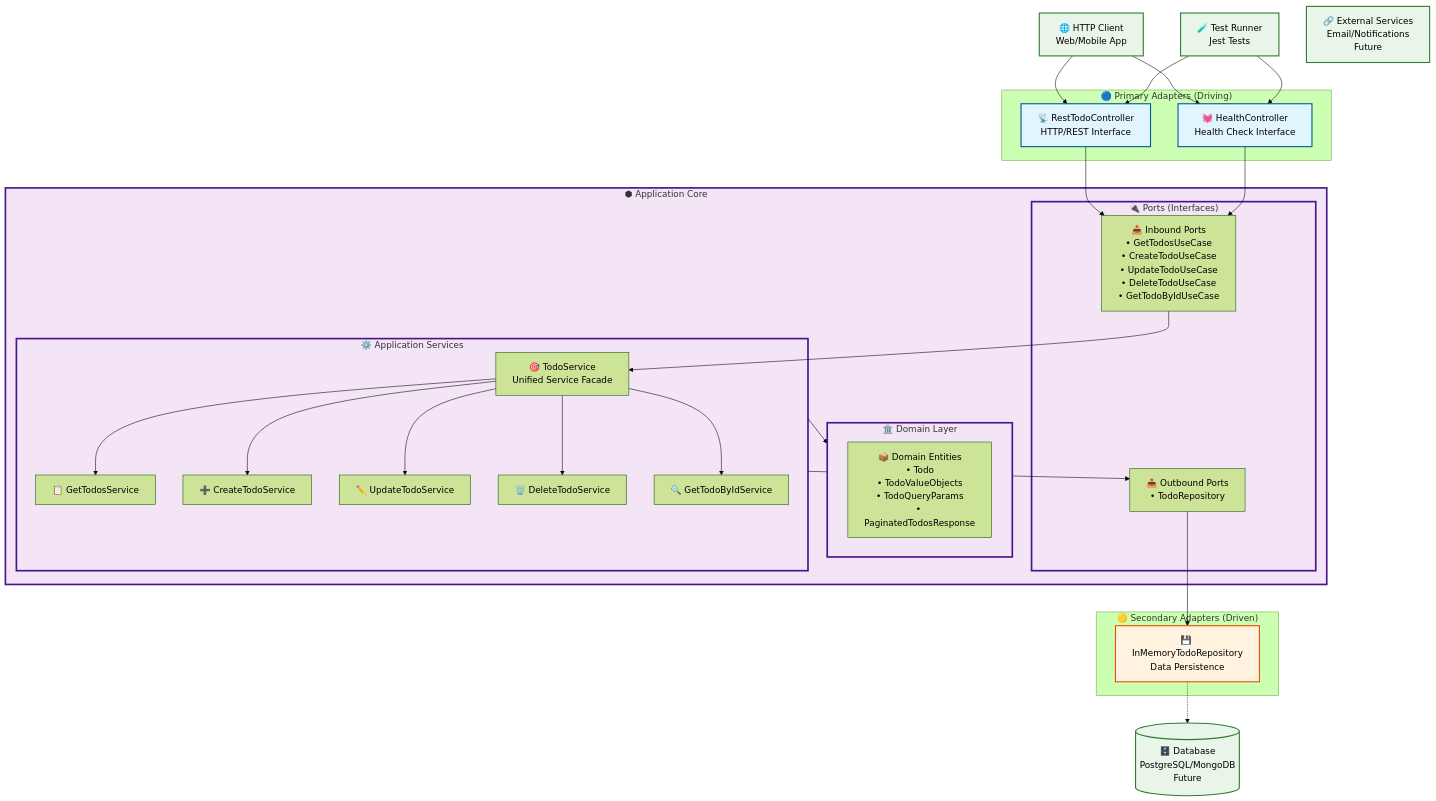
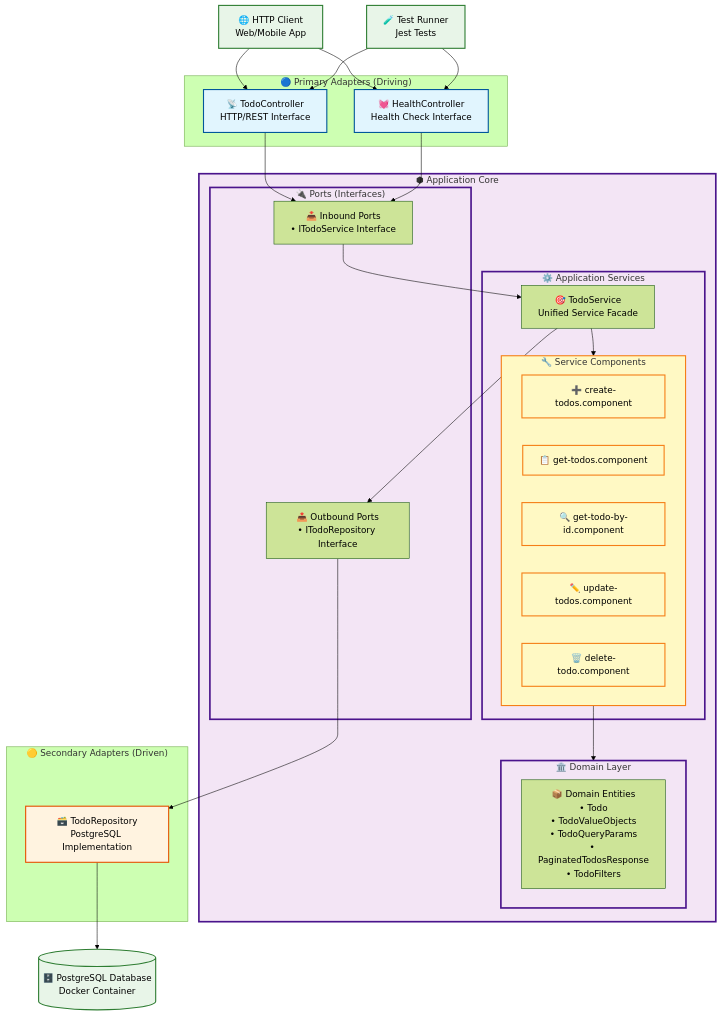
Before and after one commit to lcyin/todo-list-api: the diagram in diagrams/hexagonal-architecture.md, drawn with Mermaid (forest theme). The commit also changed other lines of this file, not shown here.

Commit message:
feat: update hexagonal architecture diagram to reflect service components and PostgreSQL integration

````diff
--- a/diagrams/hexagonal-architecture.md
+++ b/diagrams/hexagonal-architecture.md
@@ -12,82 +12,73 @@
     
     %% Primary Adapters (Driving Side)
     subgraph Primary["🔵 Primary Adapters (Driving)"]
-        RestController[📡 RestTodoController<br/>HTTP/REST Interface]
+        TodoController[📡 TodoController<br/>HTTP/REST Interface]
         HealthController[💓 HealthController<br/>Health Check Interface]
     end
     
     %% Application Core (Hexagon Center)
     subgraph Core["⬢ Application Core"]
         subgraph Ports["🔌 Ports (Interfaces)"]
-            InboundPorts[📥 Inbound Ports<br/>• GetTodosUseCase<br/>• CreateTodoUseCase<br/>• UpdateTodoUseCase<br/>• DeleteTodoUseCase<br/>• GetTodoByIdUseCase]
-            OutboundPorts[📤 Outbound Ports<br/>• TodoRepository]
+            InboundPorts[📥 Inbound Ports<br/>• ITodoService Interface]
+            OutboundPorts[📤 Outbound Ports<br/>• ITodoRepository Interface]
         end
         
         subgraph Domain["🏛️ Domain Layer"]
-            Entities[📦 Domain Entities<br/>• Todo<br/>• TodoValueObjects<br/>• TodoQueryParams<br/>• PaginatedTodosResponse]
+            Entities[📦 Domain Entities<br/>• Todo<br/>• TodoValueObjects<br/>• TodoQueryParams<br/>• PaginatedTodosResponse<br/>• TodoFilters]
         end
         
         subgraph Services["⚙️ Application Services"]
             TodoService[🎯 TodoService<br/>Unified Service Facade]
-            GetTodosService[📋 GetTodosService]
-            CreateTodoService[➕ CreateTodoService]
-            UpdateTodoService[✏️ UpdateTodoService]
-            DeleteTodoService[🗑️ DeleteTodoService]
-            GetTodoByIdService[🔍 GetTodoByIdService]
+            subgraph Components["🔧 Service Components"]
+                CreateComponent[➕ create-todos.component]
+                GetComponent[📋 get-todos.component]
+                GetByIdComponent[🔍 get-todo-by-id.component]
+                UpdateComponent[✏️ update-todos.component]
+                DeleteComponent[🗑️ delete-todo.component]
+            end
         end
     end
     
     %% Secondary Adapters (Driven Side)
     subgraph Secondary["🟡 Secondary Adapters (Driven)"]
-        InMemoryRepo[💾 InMemoryTodoRepository<br/>Data Persistence]
-        %% Future adapters (commented for reference)
-        %% DatabaseRepo[🗃️ DatabaseTodoRepository<br/>PostgreSQL/MongoDB]
-        %% ExternalAPI[🌐 ExternalAPIAdapter<br/>Third-party Services]
+        PostgresRepo[🗃️ TodoRepository<br/>PostgreSQL Implementation]
     end
     
     %% External Infrastructure
-    Database[(🗄️ Database<br/>PostgreSQL/MongoDB<br/>Future)]
-    ExternalServices[🔗 External Services<br/>Email/Notifications<br/>Future]
+    Database[(🗄️ PostgreSQL Database<br/>Docker Container)]
     
     %% Client connections to Primary Adapters
-    Client --> RestController
-    TestRunner --> RestController
+    Client --> TodoController
+    TestRunner --> TodoController
     Client --> HealthController
     TestRunner --> HealthController
     
     %% Primary Adapters to Core
-    RestController --> InboundPorts
+    TodoController --> InboundPorts
     HealthController --> InboundPorts
     
     %% Core internal connections
     InboundPorts --> TodoService
-    TodoService --> GetTodosService
-    TodoService --> CreateTodoService
-    TodoService --> UpdateTodoService
-    TodoService --> DeleteTodoService
-    TodoService --> GetTodoByIdService
-    Services --> Domain
-    Services --> OutboundPorts
+    TodoService --> Components
+    Components --> Domain
+    TodoService --> OutboundPorts
     
     %% Core to Secondary Adapters
-    OutboundPorts --> InMemoryRepo
-    %% OutboundPorts --> DatabaseRepo
-    %% OutboundPorts --> ExternalAPI
+    OutboundPorts --> PostgresRepo
     
     %% Secondary Adapters to External Infrastructure
-    InMemoryRepo -.-> Database
-    %% DatabaseRepo --> Database
-    %% ExternalAPI --> ExternalServices
+    PostgresRepo --> Database
     
     %% Styling
     classDef primaryAdapter fill:#e1f5fe,stroke:#01579b,stroke-width:2px
     classDef secondaryAdapter fill:#fff3e0,stroke:#e65100,stroke-width:2px
     classDef core fill:#f3e5f5,stroke:#4a148c,stroke-width:3px
     classDef external fill:#e8f5e8,stroke:#2e7d32,stroke-width:2px
-    classDef future fill:#fafafa,stroke:#9e9e9e,stroke-width:1px,stroke-dasharray: 5 5
+    classDef components fill:#fff9c4,stroke:#f57f17,stroke-width:2px
     
-    class RestController,HealthController primaryAdapter
-    class InMemoryRepo secondaryAdapter
+    class TodoController,HealthController primaryAdapter
+    class PostgresRepo secondaryAdapter
     class Core,Ports,Domain,Services core
-    class Client,TestRunner,Database,ExternalServices external
+    class Components,CreateComponent,GetComponent,GetByIdComponent,UpdateComponent,DeleteComponent components
+    class Client,TestRunner,Database external
 ```
````
